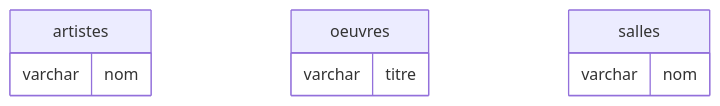
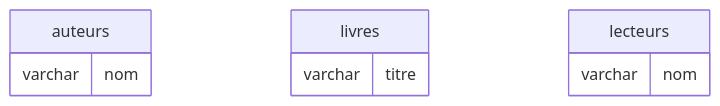
One commit to romanoe/comem-modeldon changed the fourth of 4 diagrams in cours/01-introduction.md. Above: the diagram before and after it, drawn with Mermaid. The commit also changed other lines of this file, not shown here.

````diff
--- a/cours/01-introduction.md
+++ b/cours/01-introduction.md
@@ -438,12 +438,12 @@
 ```mermaid
 erDiagram
-  artistes {
+  auteurs {
     varchar nom
   }
-  oeuvres {
+  livres {
     varchar titre
   }
-  salles {
+  lecteurs {
     varchar nom
   }
 ```
````
